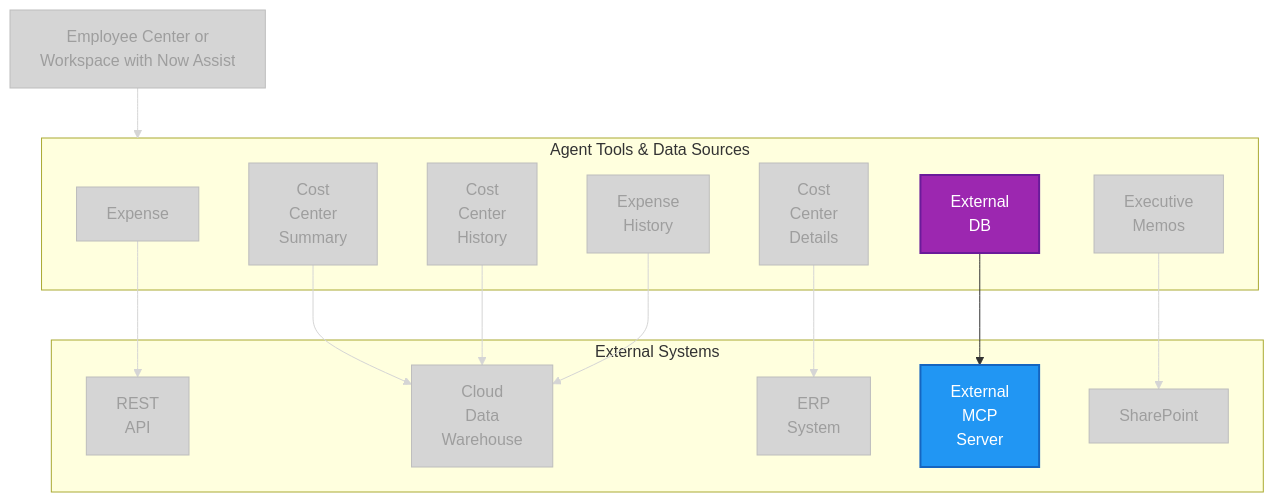
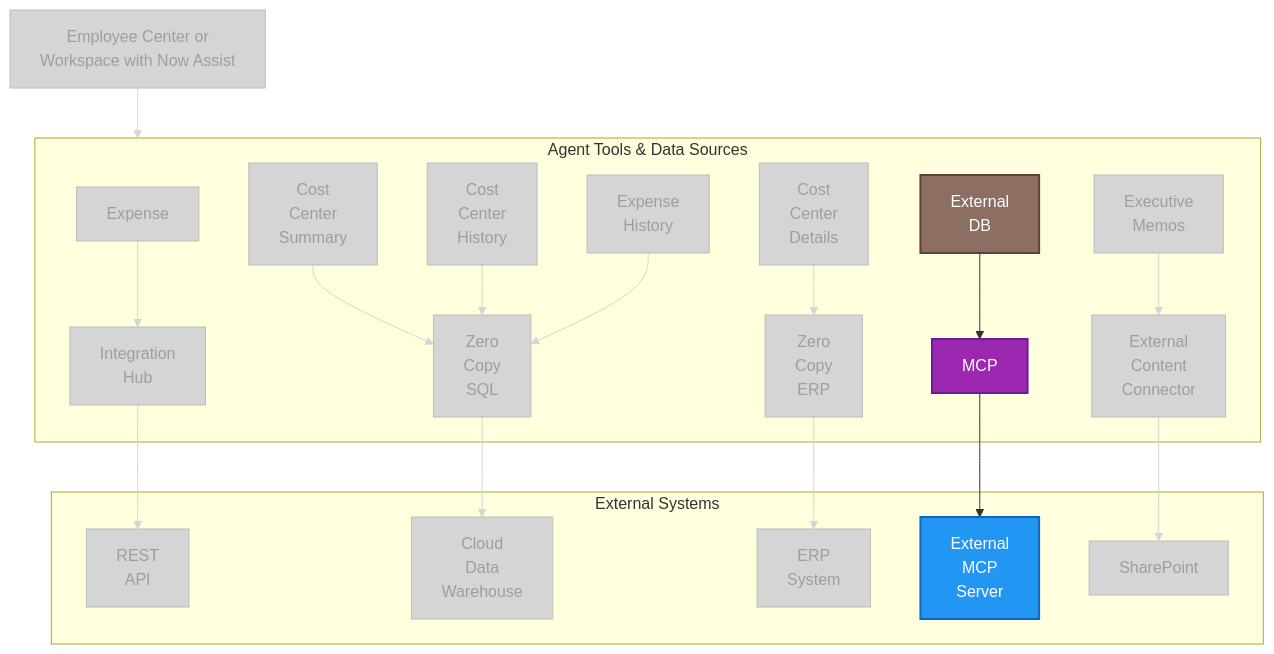
The diagram in other-diagrams/outcome-agent-flow-mcp.md (leojacinto/WorkflowDataFabric-TypeB), drawn with Mermaid before and after one commit. The commit also changed other lines of this file and 19 other files, not shown here.

Commit message:
Add 3-layer structure with brown Data nodes, purple WDF tools, fix typo, update legends (skip Doc Intelligence)

````diff
--- a/other-diagrams/outcome-agent-flow-mcp.md
+++ b/other-diagrams/outcome-agent-flow-mcp.md
@@ -6,54 +6,66 @@
 ```mermaid
 graph TD
 
     EC[Employee Center or<br/>Workspace with Now Assist]
   
     subgraph TOOLS["Agent Tools & Data Sources"]
-        T1["Expense<br/>"]
+        T1["Expense"]
         T2["Cost<br/>Center<br/>Details"]
         T3["Cost<br/>Center<br/>Summary"]        
         T4["Cost<br/>Center<br/>History"]
         T5["Expense<br/>History"]
         T6["External<br/>DB"]
         T7["Executive<br/>Memos"]
+        S1["Integration<br>Hub"]
+        S2["Zero<br/>Copy<br/>ERP"]
+        S3["Zero<br/>Copy<br/>SQL"]        
+        S6["MCP"]
+        S7["External<br/>Content<br/>Connector"]
     end
 
     subgraph EXT["External Systems"]
         API["REST<br/>API"]
         CDW["Cloud<br/>Data<br/>Warehouse"]
         ERP["ERP<br>System"]
         MCP_EXT["External<br/>MCP<br/>Server"]
         SharePoint["SharePoint"]
     end
     
     EC --> TOOLS
-    T1 --> API
-    T2 --> ERP
-    T3 --> CDW
-    T4 --> CDW
-    T5 --> CDW
-    T6 --> MCP_EXT
-    T7 --> SharePoint
+    T1 --> S1 --> API
+    T2 --> S2 --> ERP
+    T3 --> S3 --> CDW
+    T4 --> S3 
+    T5 --> S3 
+    T6 --> S6 --> MCP_EXT
+    T7 --> S7 --> SharePoint
 
     %% Styling
     classDef external fill:#2196F3,stroke:#1565C0,stroke-width:2px,color:#fff
     classDef wdf fill:#9C27B0,stroke:#6A1B9A,stroke-width:2px,color:#fff
+    classDef data fill:#8D6E63,stroke:#5D4037,stroke-width:2px,color:#fff
     classDef greyed fill:#D5D5D5,stroke:#BDBDBD,stroke-width:1px,color:#9E9E9E
 
-    %% Highlight External DB and External MCP Server
-    class T6 wdf
+    %% Highlight External DB → MCP → External MCP Server
+    class T6 data
+    class S6 wdf
     class MCP_EXT external
 
     %% Grey out everything else
     class EC,T1,T2,T3,T4,T5,T7 greyed
+    class S1,S2,S3,S7 greyed
     class API,CDW,ERP,SharePoint greyed
 
-    %% Grey out non-highlighted edges (0:EC→TOOLS, 1:T1→API, 2:T2→ERP, 3:T3→CDW, 4:T4→CDW, 5:T5→CDW, 7:T7→SharePoint)
+    %% Grey out non-highlighted edges (keep 9:T6→S6, 10:S6→MCP_EXT)
     linkStyle 0 stroke:#D5D5D5,stroke-width:1px
     linkStyle 1 stroke:#D5D5D5,stroke-width:1px
     linkStyle 2 stroke:#D5D5D5,stroke-width:1px
     linkStyle 3 stroke:#D5D5D5,stroke-width:1px
     linkStyle 4 stroke:#D5D5D5,stroke-width:1px
     linkStyle 5 stroke:#D5D5D5,stroke-width:1px
+    linkStyle 6 stroke:#D5D5D5,stroke-width:1px
     linkStyle 7 stroke:#D5D5D5,stroke-width:1px
+    linkStyle 8 stroke:#D5D5D5,stroke-width:1px
+    linkStyle 11 stroke:#D5D5D5,stroke-width:1px
+    linkStyle 12 stroke:#D5D5D5,stroke-width:1px
 ```
````
